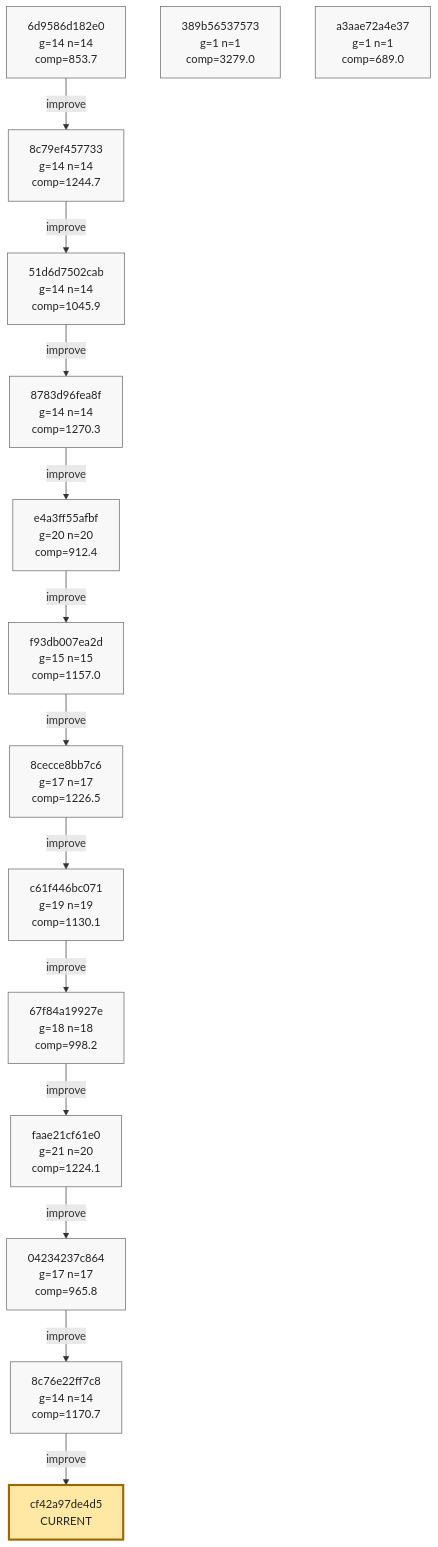
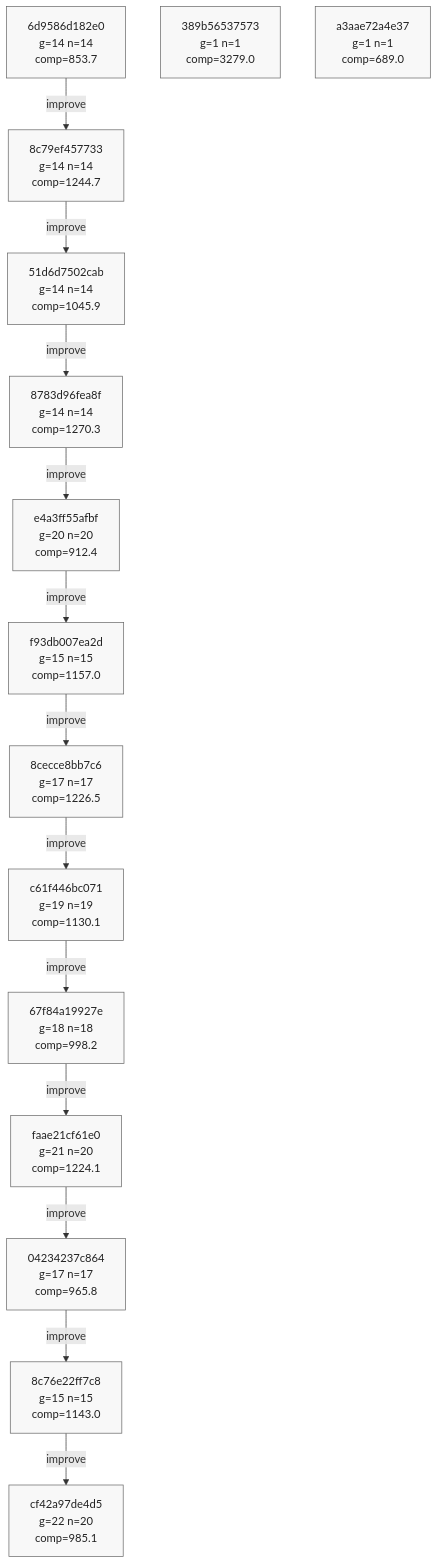
Before and after one commit to azumag/soviet_now: the eighth of 8 diagrams in phyrogenetic-tree.md, drawn with Mermaid. The commit also changed other lines of this file and 2 other files, not shown here.

````diff
--- a/phyrogenetic-tree.md
+++ b/phyrogenetic-tree.md
@@ -1932,52 +1936,52 @@
 ```mermaid
 flowchart TD
     h_6d9586d182e0["6d9586d182e0<br/>g=14 n=14<br/>comp=853.7"]
     h_8c79ef457733["8c79ef457733<br/>g=14 n=14<br/>comp=1244.7"]
     h_51d6d7502cab["51d6d7502cab<br/>g=14 n=14<br/>comp=1045.9"]
     h_8783d96fea8f["8783d96fea8f<br/>g=14 n=14<br/>comp=1270.3"]
     h_e4a3ff55afbf["e4a3ff55afbf<br/>g=20 n=20<br/>comp=912.4"]
     h_f93db007ea2d["f93db007ea2d<br/>g=15 n=15<br/>comp=1157.0"]
     h_8cecce8bb7c6["8cecce8bb7c6<br/>g=17 n=17<br/>comp=1226.5"]
     h_c61f446bc071["c61f446bc071<br/>g=19 n=19<br/>comp=1130.1"]
     h_67f84a19927e["67f84a19927e<br/>g=18 n=18<br/>comp=998.2"]
     h_faae21cf61e0["faae21cf61e0<br/>g=21 n=20<br/>comp=1224.1"]
     h_04234237c864["04234237c864<br/>g=17 n=17<br/>comp=965.8"]
-    h_8c76e22ff7c8["8c76e22ff7c8<br/>g=14 n=14<br/>comp=1170.7"]
+    h_8c76e22ff7c8["8c76e22ff7c8<br/>g=15 n=15<br/>comp=1143.0"]
+    h_cf42a97de4d5["cf42a97de4d5<br/>g=22 n=20<br/>comp=985.1"]
     h_389b56537573["389b56537573<br/>g=1 n=1<br/>comp=3279.0"]
     h_a3aae72a4e37["a3aae72a4e37<br/>g=1 n=1<br/>comp=689.0"]
-    h_cf42a97de4d5["cf42a97de4d5<br/>CURRENT"]
 
     h_6d9586d182e0 -->|improve| h_8c79ef457733
     h_8c79ef457733 -->|improve| h_51d6d7502cab
     h_51d6d7502cab -->|improve| h_8783d96fea8f
     h_8783d96fea8f -->|improve| h_e4a3ff55afbf
     h_e4a3ff55afbf -->|improve| h_f93db007ea2d
     h_f93db007ea2d -->|improve| h_8cecce8bb7c6
     h_8cecce8bb7c6 -->|improve| h_c61f446bc071
     h_c61f446bc071 -->|improve| h_67f84a19927e
     h_67f84a19927e -->|improve| h_faae21cf61e0
     h_faae21cf61e0 -->|improve| h_04234237c864
     h_04234237c864 -->|improve| h_8c76e22ff7c8
     h_8c76e22ff7c8 -->|improve| h_cf42a97de4d5
 
     classDef plain fill:#f8f8f8,stroke:#666,stroke-width:1px,color:#222;
     classDef current fill:#ffe8a3,stroke:#9a6700,stroke-width:3px,color:#222;
     classDef anchor fill:#d7f5dd,stroke:#1f6f43,stroke-width:3px,color:#222;
     classDef current_anchor fill:#f3e4a8,stroke:#1f6f43,stroke-width:4px,color:#222;
 
     class h_6d9586d182e0 plain;
     class h_8c79ef457733 plain;
     class h_51d6d7502cab plain;
     class h_8783d96fea8f plain;
     class h_e4a3ff55afbf plain;
     class h_f93db007ea2d plain;
     class h_8cecce8bb7c6 plain;
     class h_c61f446bc071 plain;
     class h_67f84a19927e plain;
     class h_faae21cf61e0 plain;
     class h_04234237c864 plain;
     class h_8c76e22ff7c8 plain;
+    class h_cf42a97de4d5 plain;
     class h_389b56537573 plain;
     class h_a3aae72a4e37 plain;
-    class h_cf42a97de4d5 current;
 ```
````
